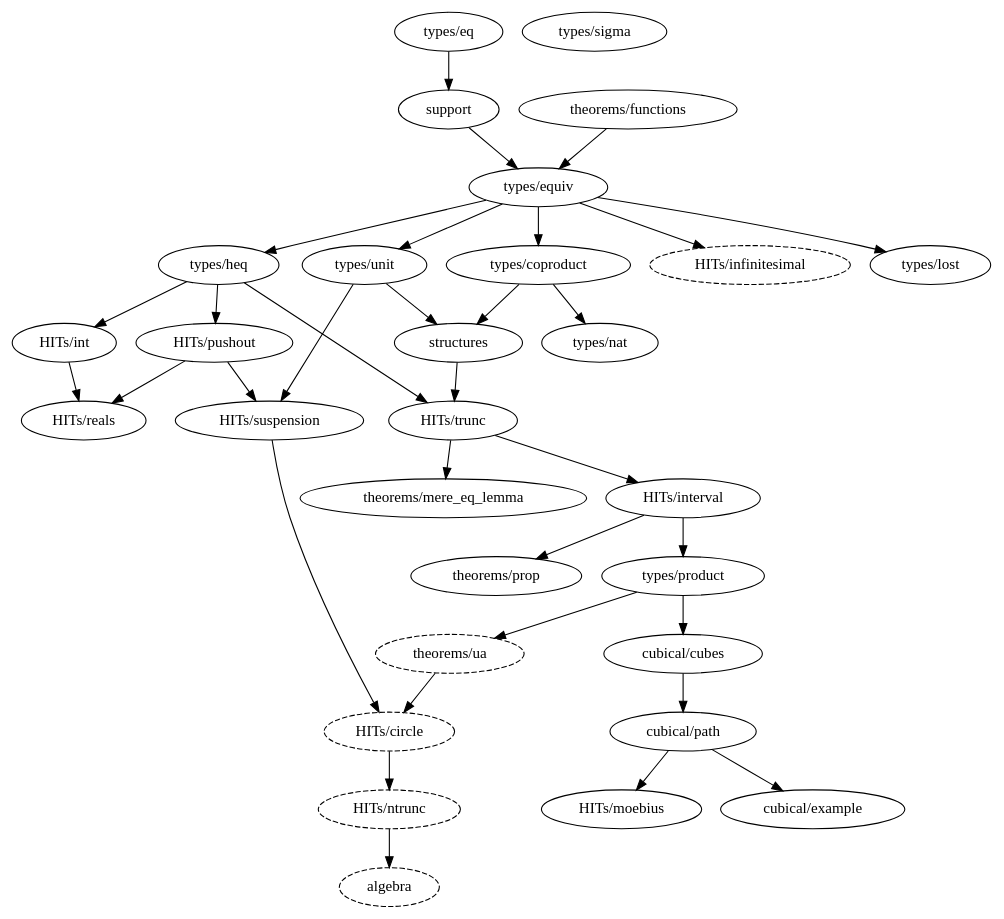
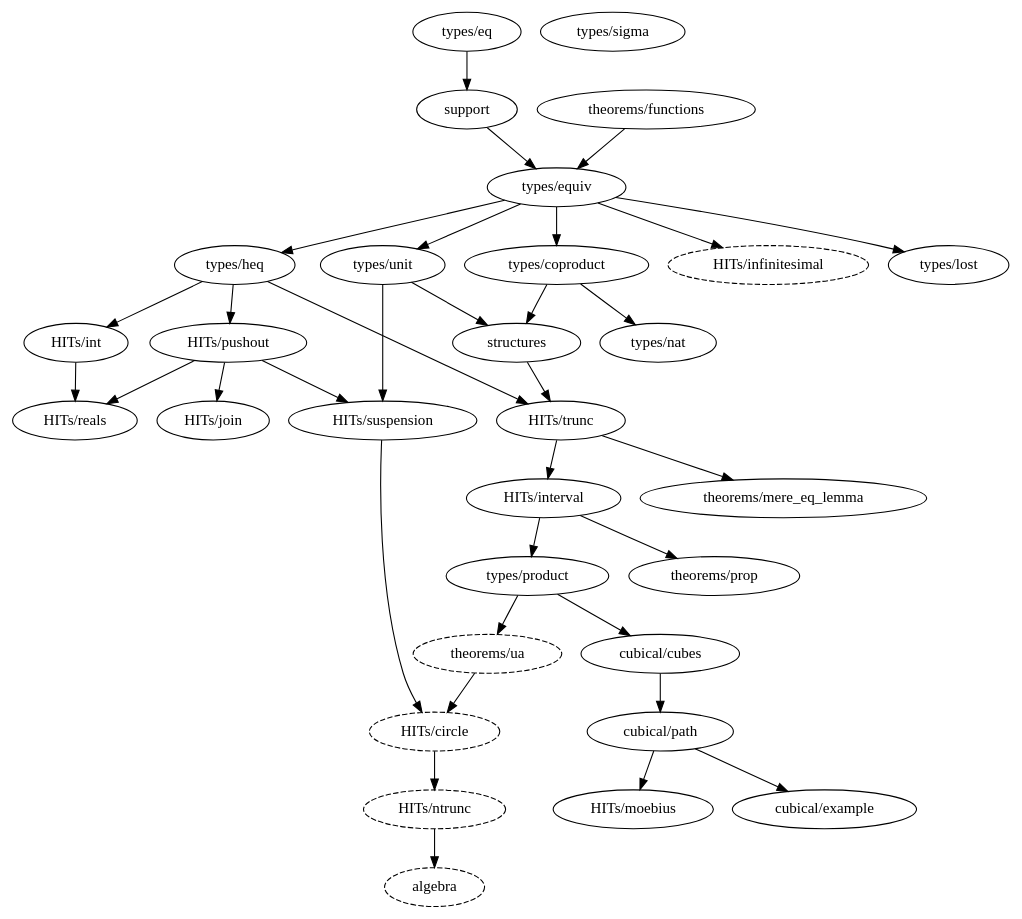
The diagram in dependency_map.gv (forked-from-1kasper/ground_zero), drawn with Graphviz before and after one commit. The commit also changed 2 other files, not shown here.

```diff
--- a/dependency_map.gv
+++ b/dependency_map.gv
@@ -1,64 +1,66 @@
 digraph dependency_map {
   algebra [style=dashed]
   "HITs/ntrunc" -> algebra
 
   "HITs/circle" [style=dashed]
   "HITs/suspension" -> "HITs/circle"
   "theorems/ua" -> "HITs/circle"
 
   "HITs/infinitesimal" [style=dashed]
   "types/equiv" -> "HITs/infinitesimal"
 
   "types/equiv" -> "types/coproduct"
 
   "types/product" -> "cubical/cubes"
   "cubical/cubes" -> "cubical/path"
   "cubical/path" -> "cubical/example"
 
   "types/equiv" -> "types/heq"
 
   support -> "types/equiv"
   "theorems/functions" -> "types/equiv"
 
   "types/heq" -> "HITs/int"
 
   "HITs/trunc" -> "HITs/interval"
+
+  "HITs/pushout" -> "HITs/join"
 
   "cubical/path" -> "HITs/moebius"
 
   "HITs/trunc" -> "theorems/mere_eq_lemma"
 
   "HITs/ntrunc" [style=dashed]
   "HITs/circle" -> "HITs/ntrunc"
 
   "HITs/interval" -> "types/product"
 
   "HITs/interval" -> "theorems/prop"
 
   "types/heq" -> "HITs/pushout"
 
   "HITs/pushout" -> "HITs/reals"
   "HITs/int" -> "HITs/reals"
 
   "types/unit" -> structures
   "types/coproduct" -> structures
 
   "types/eq" -> support
 
   "HITs/pushout" -> "HITs/suspension"
   "types/unit" -> "HITs/suspension"
 
   structures -> "HITs/trunc"
   "types/heq" -> "HITs/trunc"
 
   "theorems/ua" [style=dashed]
   "types/product" -> "theorems/ua"
 
   "types/equiv" -> "types/unit"
 
   "types/coproduct" -> "types/nat"
 
   "types/equiv" -> "types/lost"
 
   "types/sigma"
 }
```
